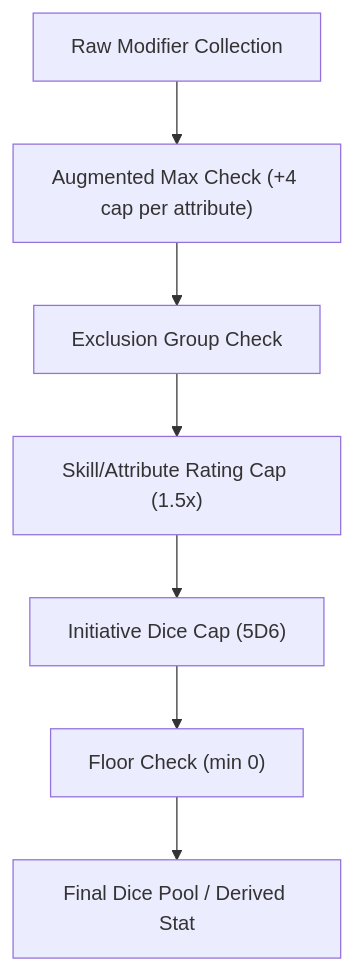
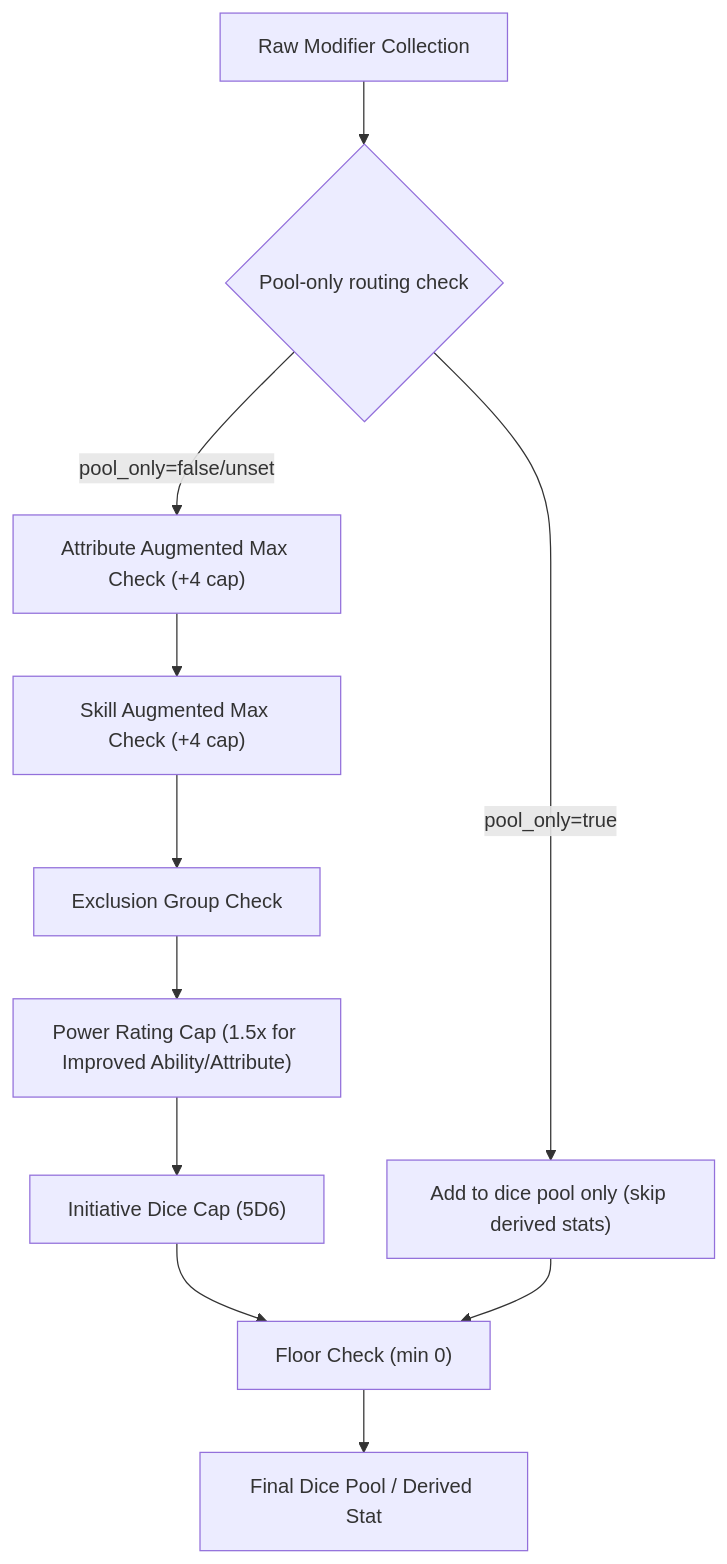
One commit to whazlewo/shadow-dice-forge changed the second of 2 diagrams in docs/dice-pool-architecture.md. Above: the diagram before and after it, drawn with Mermaid. The commit also changed other lines of this file and 34 other files, not shown here.

First line of the commit message:
Enhance dice pool calculations and UI components

````diff
--- a/docs/dice-pool-architecture.md
+++ b/docs/dice-pool-architecture.md
@@ -633,9 +844,13 @@
 ```mermaid
 flowchart TD
-    Raw[Raw Modifier Collection] --> AugCap["Augmented Max Check (+4 cap per attribute)"]
-    AugCap --> ExcGroup[Exclusion Group Check]
-    ExcGroup --> SkillCap["Skill/Attribute Rating Cap (1.5x)"]
-    SkillCap --> InitCap["Initiative Dice Cap (5D6)"]
+    Raw[Raw Modifier Collection] --> PoolRoute{"Pool-only routing check"}
+    PoolRoute -->|"pool_only=true"| PoolOnly["Add to dice pool only (skip derived stats)"]
+    PoolRoute -->|"pool_only=false/unset"| AttrCap["Attribute Augmented Max Check (+4 cap)"]
+    AttrCap --> SkillCap["Skill Augmented Max Check (+4 cap)"]
+    SkillCap --> ExcGroup[Exclusion Group Check]
+    ExcGroup --> RatingCap["Power Rating Cap (1.5x for Improved Ability/Attribute)"]
+    RatingCap --> InitCap["Initiative Dice Cap (5D6)"]
     InitCap --> Floor["Floor Check (min 0)"]
+    PoolOnly --> Floor
     Floor --> FinalPool[Final Dice Pool / Derived Stat]
 ```
````
